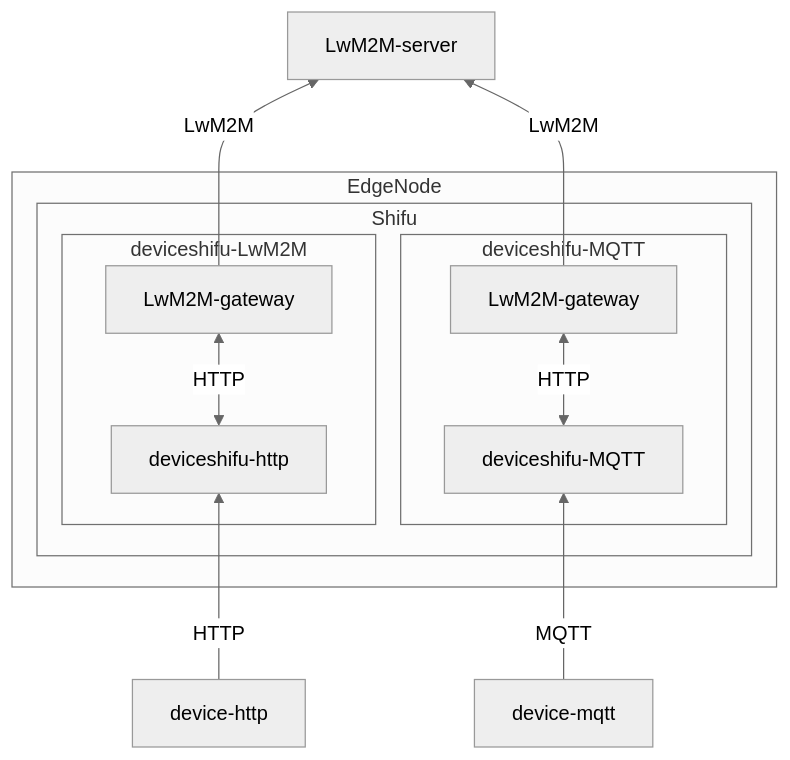
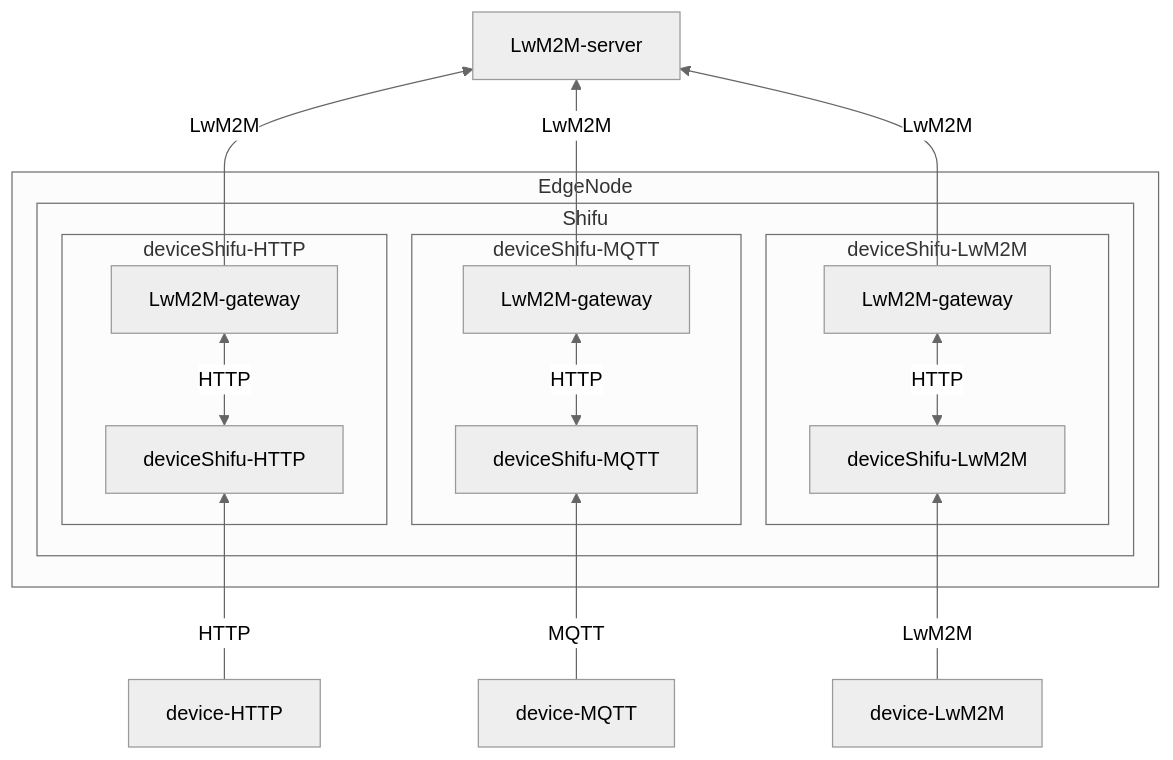
The first of 2 diagrams in docs/design/gateway/lwM2M-gateway.md (Edgenesis/shifu), drawn with Mermaid (neutral theme) before and after one commit. The commit also changed other lines of this file, not shown here.

````diff
--- a/docs/design/gateway/lwM2M-gateway.md
+++ b/docs/design/gateway/lwM2M-gateway.md
@@ -38,31 +46,40 @@
 ```mermaid
 flowchart BT
 
 ls[LwM2M-server]
 
 subgraph EdgeNode
     subgraph Shifu
-      subgraph ds1[deviceshifu-LwM2M]
-          dsh[deviceshifu-http]
+      subgraph ds1[deviceShifu-HTTP]
+          dsh[deviceShifu-HTTP]
           gl1[LwM2M-gateway]
           dsh <-->|HTTP| gl1
       end
-      subgraph ds2[deviceshifu-MQTT]
-          dsm[deviceshifu-MQTT]
+      subgraph ds2[deviceShifu-MQTT]
+          dsm[deviceShifu-MQTT]
           gl2[LwM2M-gateway]
           dsm <-->|HTTP| gl2
+      end
+        subgraph ds3[deviceShifu-LwM2M]
+          dsl[deviceShifu-LwM2M]
+          gl3[LwM2M-gateway]
+          dsl <-->|HTTP| gl3
       end
     end
 end
 
 
-dh[device-http]
-dm[device-mqtt]
+dh[device-HTTP]
+dm[device-MQTT]
+dl[device-LwM2M]
 
 
 dh -->|HTTP| dsh
 gl1 -->|LwM2M| ls
 
 dm -->|MQTT| dsm
-gl2 -->|LwM2M| ls 
+gl2 -->|LwM2M| ls
+
+dl -->|LwM2M| dsl
+gl3 -->|LwM2M| ls 
 ```
````
